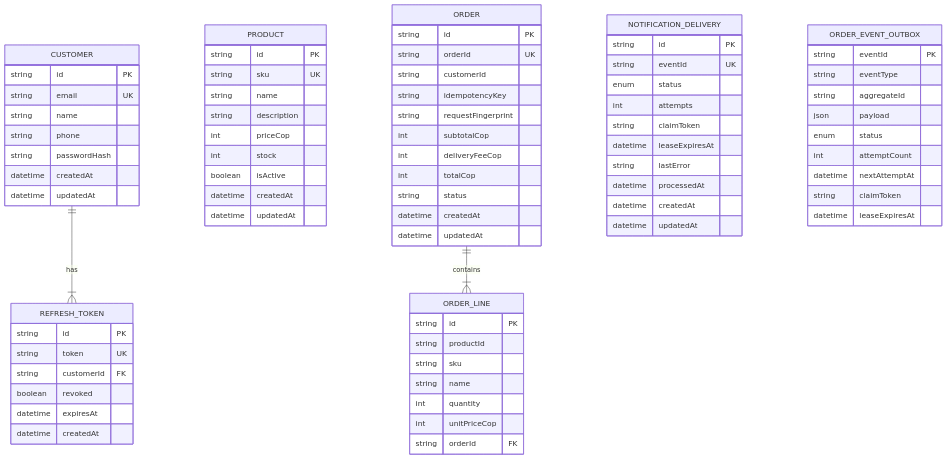
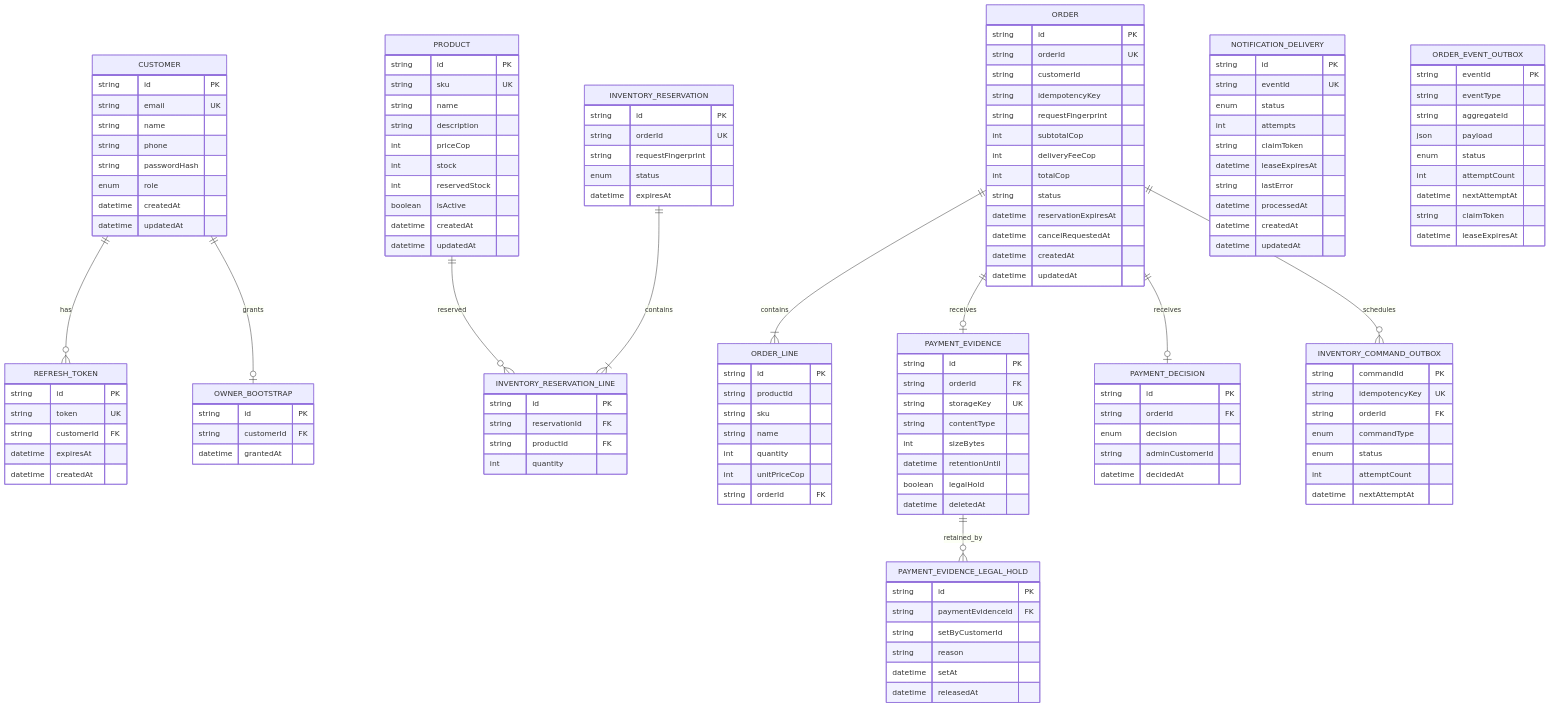
The sixth of 10 diagrams in docs/wiki/architecture-overview.md (HectorARiascosI/mileshop-platform), drawn with Mermaid before and after one commit. The commit also changed other lines of this file and 106 other files, not shown here.

Commit message:
feat(inventory): add reservations and payment review

````diff
--- a/docs/wiki/architecture-overview.md
+++ b/docs/wiki/architecture-overview.md
@@ -206,16 +237,29 @@
         string name
         string phone
         string passwordHash
+        enum role
         datetime createdAt
         datetime updatedAt
+    }
+    PAYMENT_EVIDENCE_LEGAL_HOLD {
+        string id PK
+        string paymentEvidenceId FK
+        string setByCustomerId
+        string reason
+        datetime setAt
+        datetime releasedAt
     }
     REFRESH_TOKEN {
         string id PK
         string token UK
         string customerId FK
-        boolean revoked
         datetime expiresAt
         datetime createdAt
+    }
+    OWNER_BOOTSTRAP {
+        string id PK
+        string customerId FK
+        datetime grantedAt
     }
     PRODUCT {
         string id PK
@@ -224,9 +268,23 @@
         string description
         int priceCop
         int stock
+        int reservedStock
         boolean isActive
         datetime createdAt
         datetime updatedAt
+    }
+    INVENTORY_RESERVATION {
+        string id PK
+        string orderId UK
+        string requestFingerprint
+        enum status
+        datetime expiresAt
+    }
+    INVENTORY_RESERVATION_LINE {
+        string id PK
+        string reservationId FK
+        string productId FK
+        int quantity
     }
     ORDER {
         string id PK
@@ -238,6 +296,8 @@
         int deliveryFeeCop
         int totalCop
         string status
+        datetime reservationExpiresAt
+        datetime cancelRequestedAt
         datetime createdAt
         datetime updatedAt
     }
@@ -249,6 +309,32 @@
         int quantity
         int unitPriceCop
         string orderId FK
+    }
+    PAYMENT_EVIDENCE {
+        string id PK
+        string orderId FK
+        string storageKey UK
+        string contentType
+        int sizeBytes
+        datetime retentionUntil
+        boolean legalHold
+        datetime deletedAt
+    }
+    PAYMENT_DECISION {
+        string id PK
+        string orderId FK
+        enum decision
+        string adminCustomerId
+        datetime decidedAt
+    }
+    INVENTORY_COMMAND_OUTBOX {
+        string commandId PK
+        string idempotencyKey UK
+        string orderId FK
+        enum commandType
+        enum status
+        int attemptCount
+        datetime nextAttemptAt
     }
     NOTIFICATION_DELIVERY {
         string id PK
@@ -273,6 +359,13 @@
         string claimToken
         datetime leaseExpiresAt
     }
-    CUSTOMER ||--|{ REFRESH_TOKEN : has
+    CUSTOMER ||--o{ REFRESH_TOKEN : has
+    CUSTOMER ||--o| OWNER_BOOTSTRAP : grants
+    PRODUCT ||--o{ INVENTORY_RESERVATION_LINE : reserved
+    INVENTORY_RESERVATION ||--|{ INVENTORY_RESERVATION_LINE : contains
     ORDER ||--|{ ORDER_LINE : contains
+    ORDER ||--o| PAYMENT_EVIDENCE : receives
+    PAYMENT_EVIDENCE ||--o{ PAYMENT_EVIDENCE_LEGAL_HOLD : retained_by
+    ORDER ||--o| PAYMENT_DECISION : receives
+    ORDER ||--o{ INVENTORY_COMMAND_OUTBOX : schedules
 ```
````
